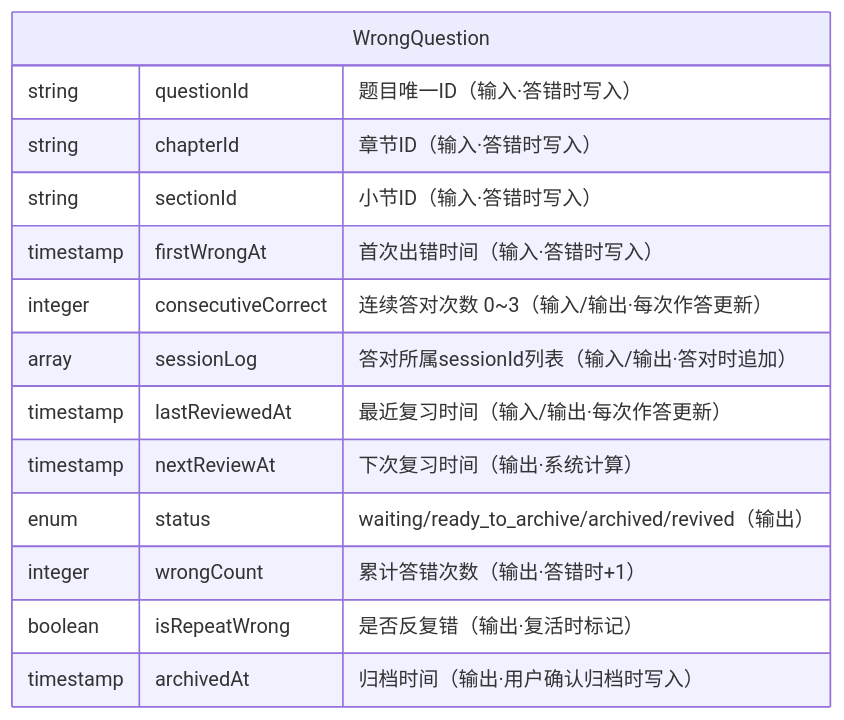
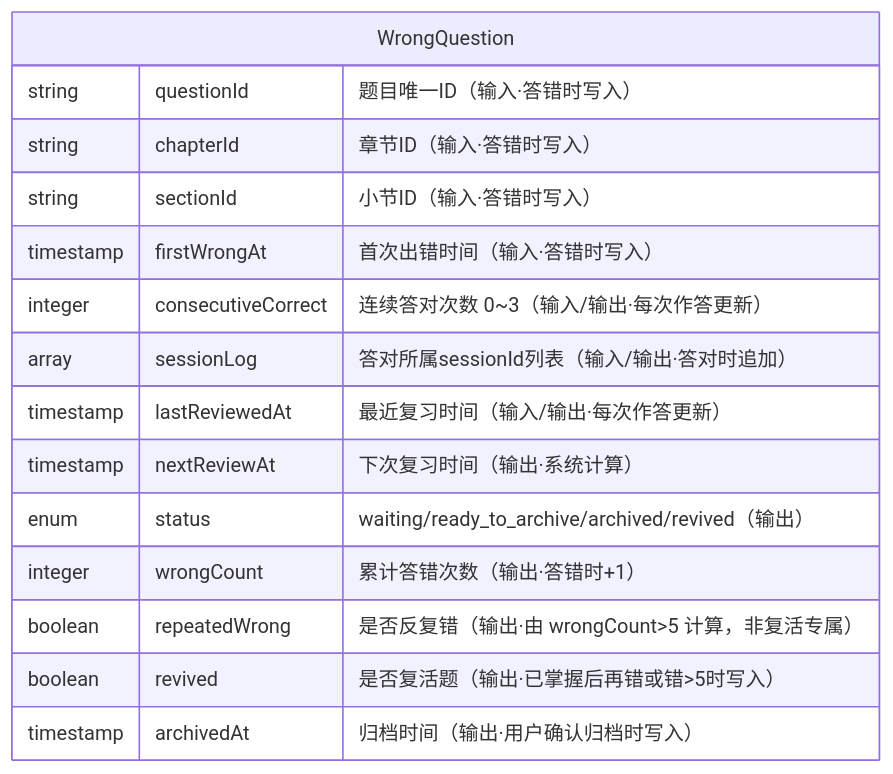
The second of 4 diagrams in docs/iiqe-feature-specs/FOCO_错题本功能说明.md (qingqingwu01official/foco-iiqe), drawn with Mermaid before and after one commit. The commit also changed other lines of this file, not shown here.

````diff
--- a/docs/iiqe-feature-specs/FOCO_错题本功能说明.md
+++ b/docs/iiqe-feature-specs/FOCO_错题本功能说明.md
@@ -104,17 +144,18 @@
 ```mermaid
 erDiagram
     WrongQuestion {
         string   questionId        "题目唯一ID（输入·答错时写入）"
         string   chapterId         "章节ID（输入·答错时写入）"
         string   sectionId         "小节ID（输入·答错时写入）"
         timestamp firstWrongAt     "首次出错时间（输入·答错时写入）"
         integer  consecutiveCorrect "连续答对次数 0~3（输入/输出·每次作答更新）"
         array    sessionLog         "答对所属sessionId列表（输入/输出·答对时追加）"
         timestamp lastReviewedAt   "最近复习时间（输入/输出·每次作答更新）"
         timestamp nextReviewAt     "下次复习时间（输出·系统计算）"
         enum     status            "waiting/ready_to_archive/archived/revived（输出）"
         integer  wrongCount        "累计答错次数（输出·答错时+1）"
-        boolean  isRepeatWrong     "是否反复错（输出·复活时标记）"
+        boolean  repeatedWrong     "是否反复错（输出·由 wrongCount>5 计算，非复活专属）"
+        boolean  revived             "是否复活题（输出·已掌握后再错或错>5时写入）"
         timestamp archivedAt       "归档时间（输出·用户确认归档时写入）"
     }
 ```
````
